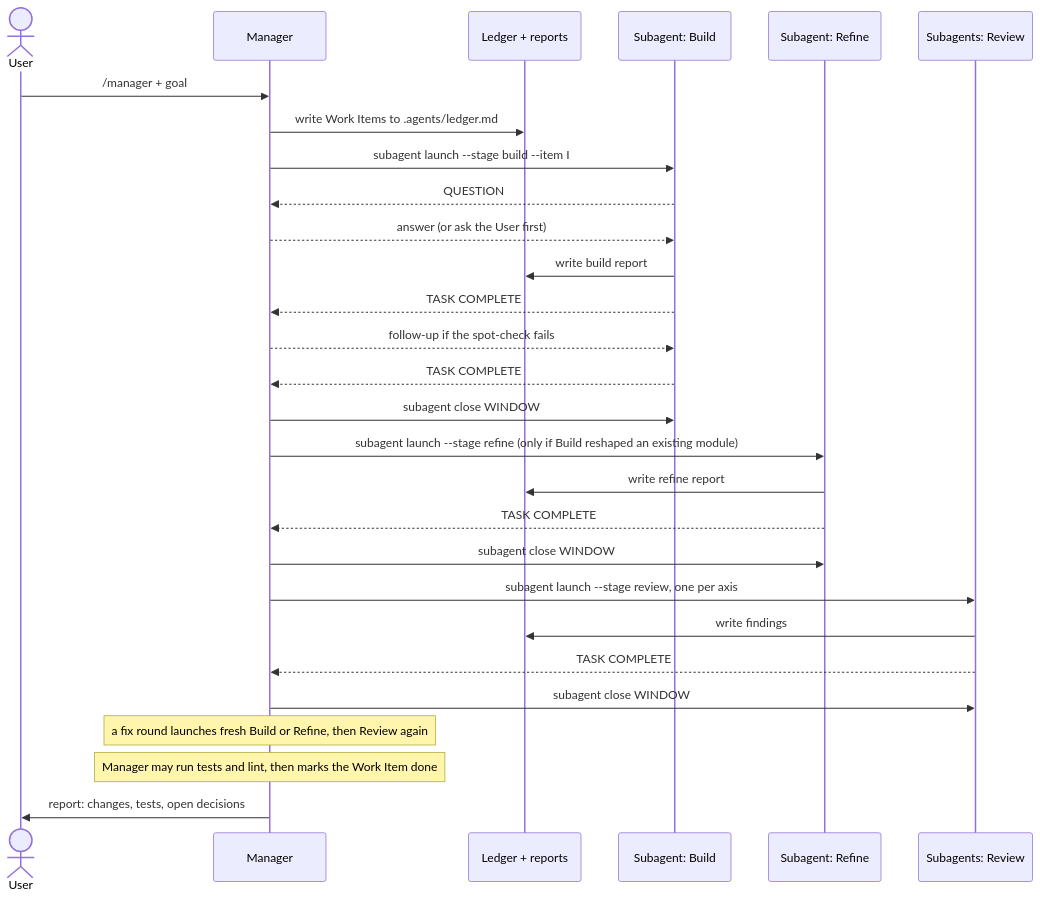
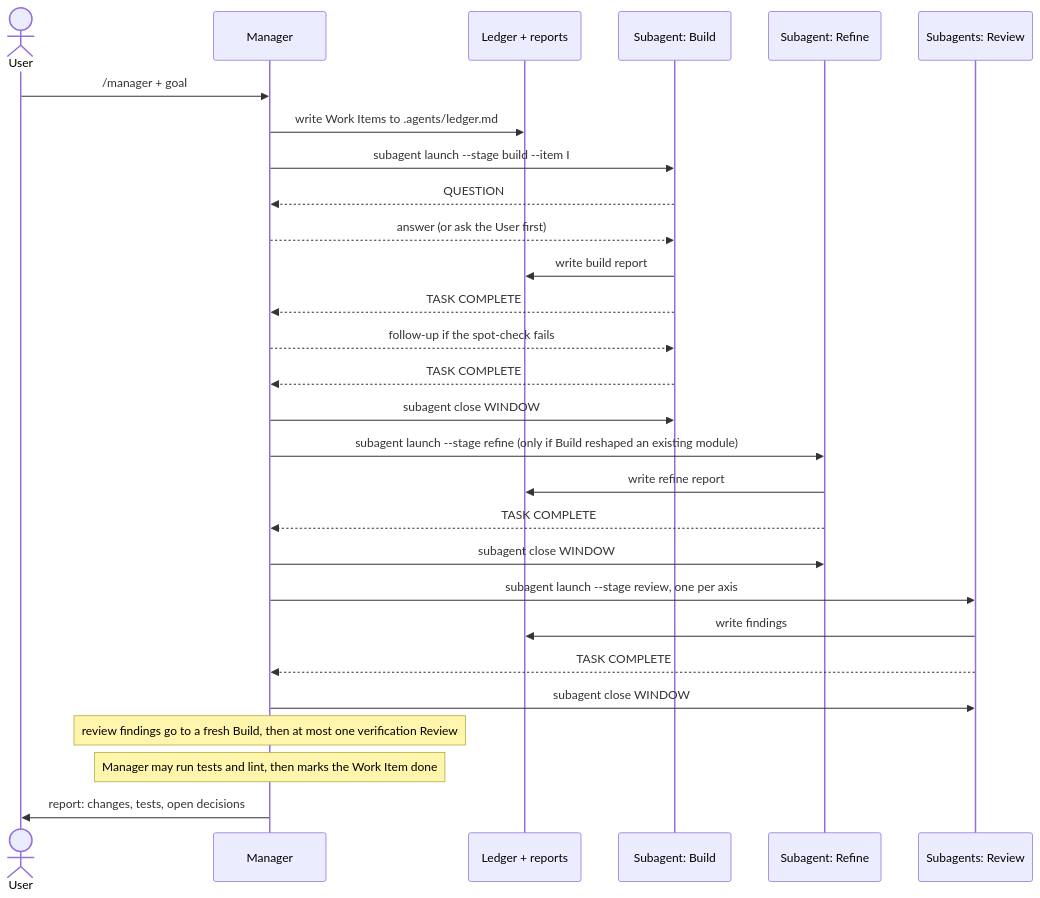
Before and after one commit to vieitesss/dotfiles: the second of 2 diagrams in docs/workflow.md, drawn with Mermaid. The commit also changed other lines of this file, not shown here.

````diff
--- a/docs/workflow.md
+++ b/docs/workflow.md
@@ -88,31 +95,31 @@
 ```mermaid
 sequenceDiagram
     actor U as User
     participant M as Manager
     participant L as Ledger + reports
     participant B as Subagent: Build
     participant R as Subagent: Refine
     participant V as Subagents: Review
 
     U->>M: /manager + goal
     M->>L: write Work Items to .agents/ledger.md
     M->>B: subagent launch --stage build --item I
     B-->>M: QUESTION
     M-->>B: answer (or ask the User first)
     B->>L: write build report
     B-->>M: TASK COMPLETE
     M-->>B: follow-up if the spot-check fails
     B-->>M: TASK COMPLETE
     M->>B: subagent close WINDOW
     M->>R: subagent launch --stage refine (only if Build reshaped an existing module)
     R->>L: write refine report
     R-->>M: TASK COMPLETE
     M->>R: subagent close WINDOW
     M->>V: subagent launch --stage review, one per axis
     V->>L: write findings
     V-->>M: TASK COMPLETE
     M->>V: subagent close WINDOW
-    Note over M: a fix round launches fresh Build or Refine, then Review again
+    Note over M: review findings go to a fresh Build, then at most one verification Review
     Note over M: Manager may run tests and lint, then marks the Work Item done
     M->>U: report: changes, tests, open decisions
 ```
````
